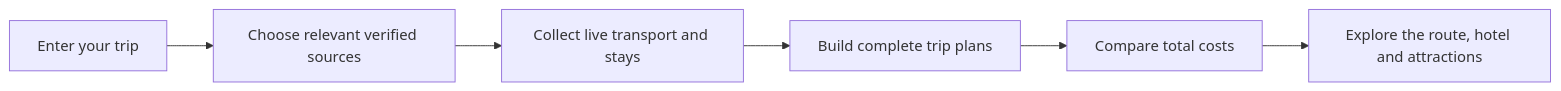
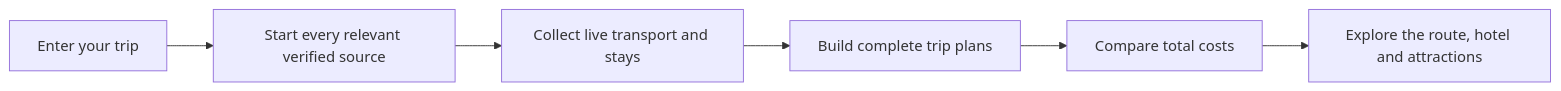
One commit to MAYANK-MAHAUR/TripWeave changed the diagram in README.md. Above: the diagram before and after it, drawn with Mermaid. The commit also changed other lines of this file and 8 other files, not shown here.

````diff
--- a/README.md
+++ b/README.md
@@ -52,8 +52,8 @@
 ```mermaid
 flowchart LR
-    A[Enter your trip] --> B[Choose relevant verified sources]
+    A[Enter your trip] --> B[Start every relevant verified source]
     B --> C[Collect live transport and stays]
     C --> D[Build complete trip plans]
     D --> E[Compare total costs]
     E --> F[Explore the route, hotel and attractions]
 ```
````
